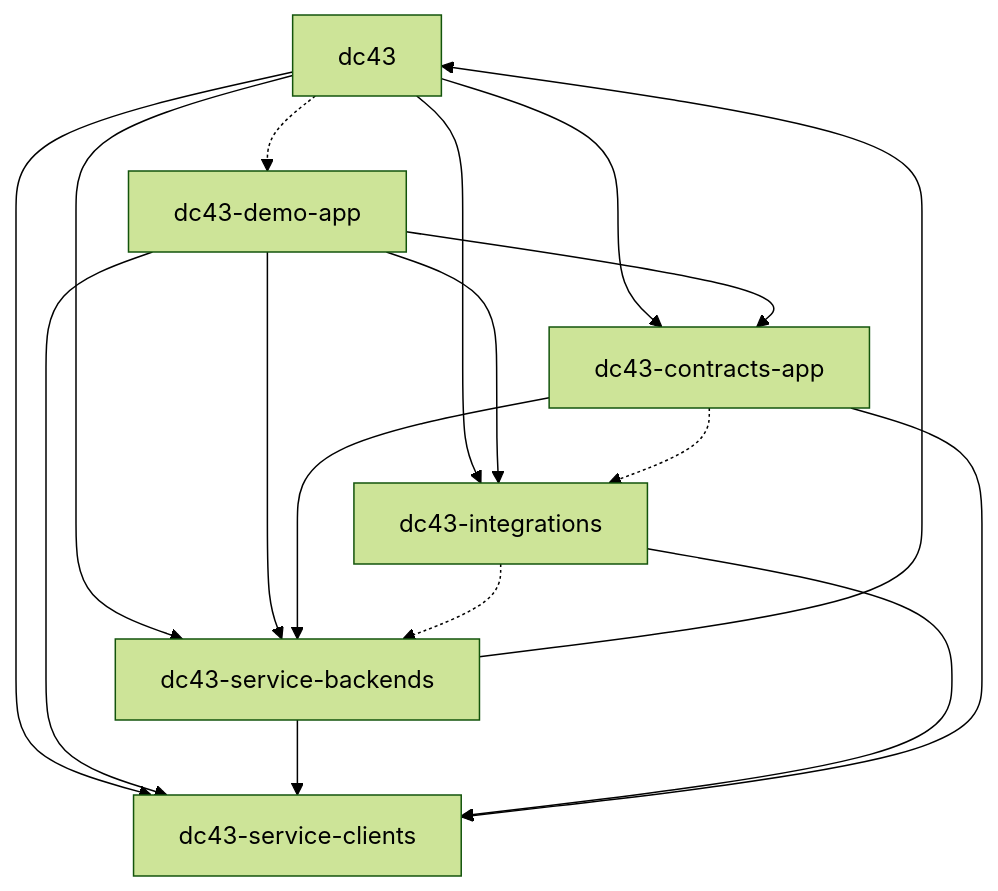
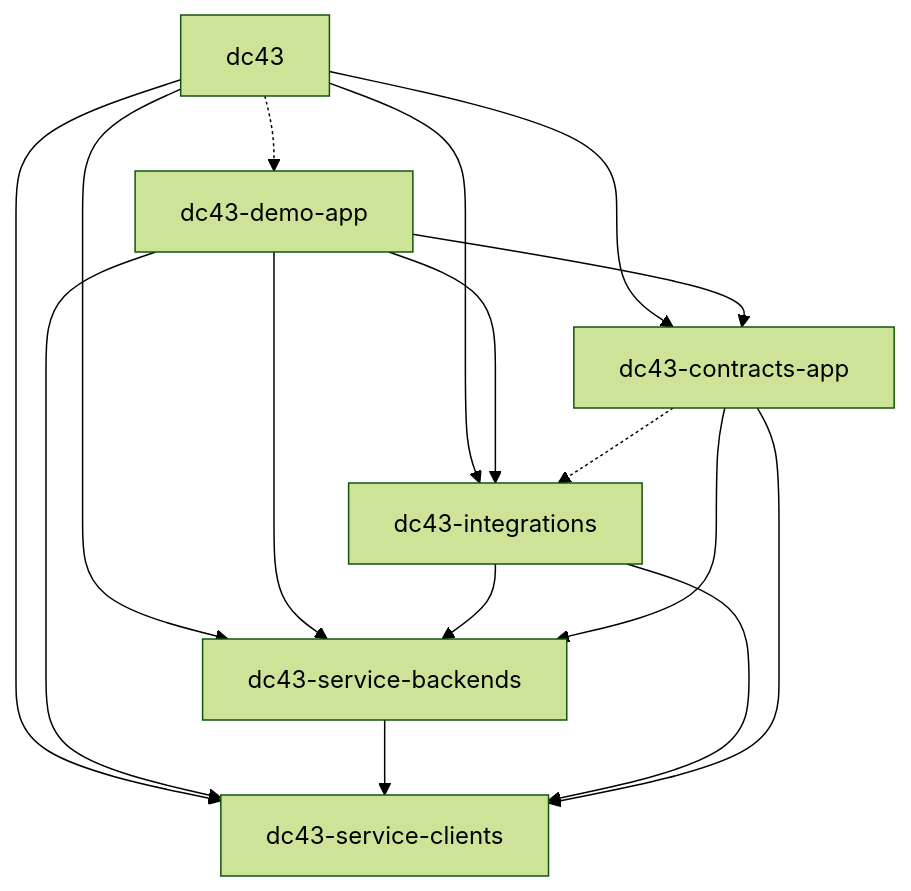
The diagram in docs/component-package-dependencies.md (NextLab-SRL/dc43), drawn with Mermaid (forest theme) before and after one commit. The commit also changed 29 other files, not shown here.

````diff
--- a/docs/component-package-dependencies.md
+++ b/docs/component-package-dependencies.md
@@ -15,26 +15,25 @@
 ```mermaid
 graph TD
     dc43["dc43"]
     dc43_demo_app["dc43-demo-app"]
     dc43_service_clients["dc43-service-clients"]
     dc43_service_backends["dc43-service-backends"]
     dc43_integrations["dc43-integrations"]
     dc43_contracts_app["dc43-contracts-app"]
     dc43 --> dc43_contracts_app
     dc43 --> dc43_integrations
     dc43 --> dc43_service_backends
     dc43 --> dc43_service_clients
     dc43_demo_app --> dc43_contracts_app
     dc43_demo_app --> dc43_integrations
     dc43_demo_app --> dc43_service_backends
     dc43_demo_app --> dc43_service_clients
-    dc43_service_backends --> dc43
     dc43_service_backends --> dc43_service_clients
+    dc43_integrations --> dc43_service_backends
     dc43_integrations --> dc43_service_clients
     dc43_contracts_app --> dc43_service_backends
     dc43_contracts_app --> dc43_service_clients
     dc43 -.-> dc43_demo_app
-    dc43_integrations -.-> dc43_service_backends
     dc43_contracts_app -.-> dc43_integrations
     %% Dashed arrows indicate optional extras
 ```
````
